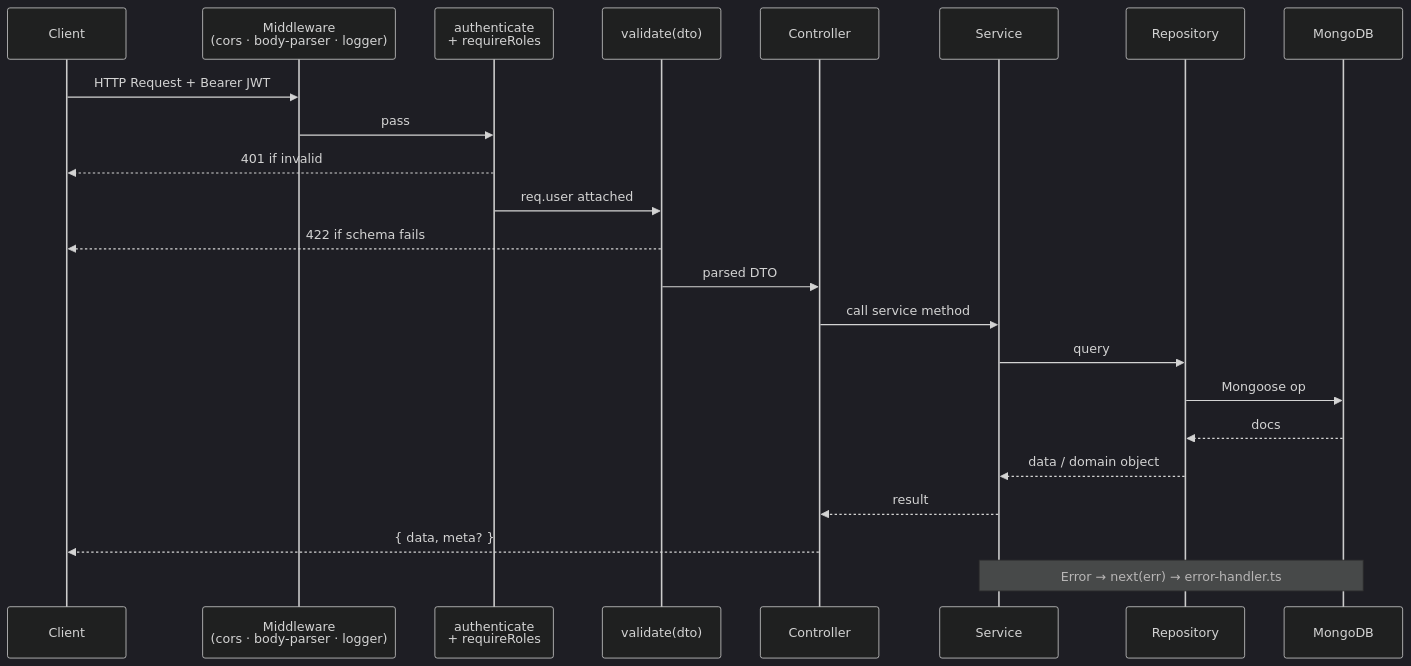
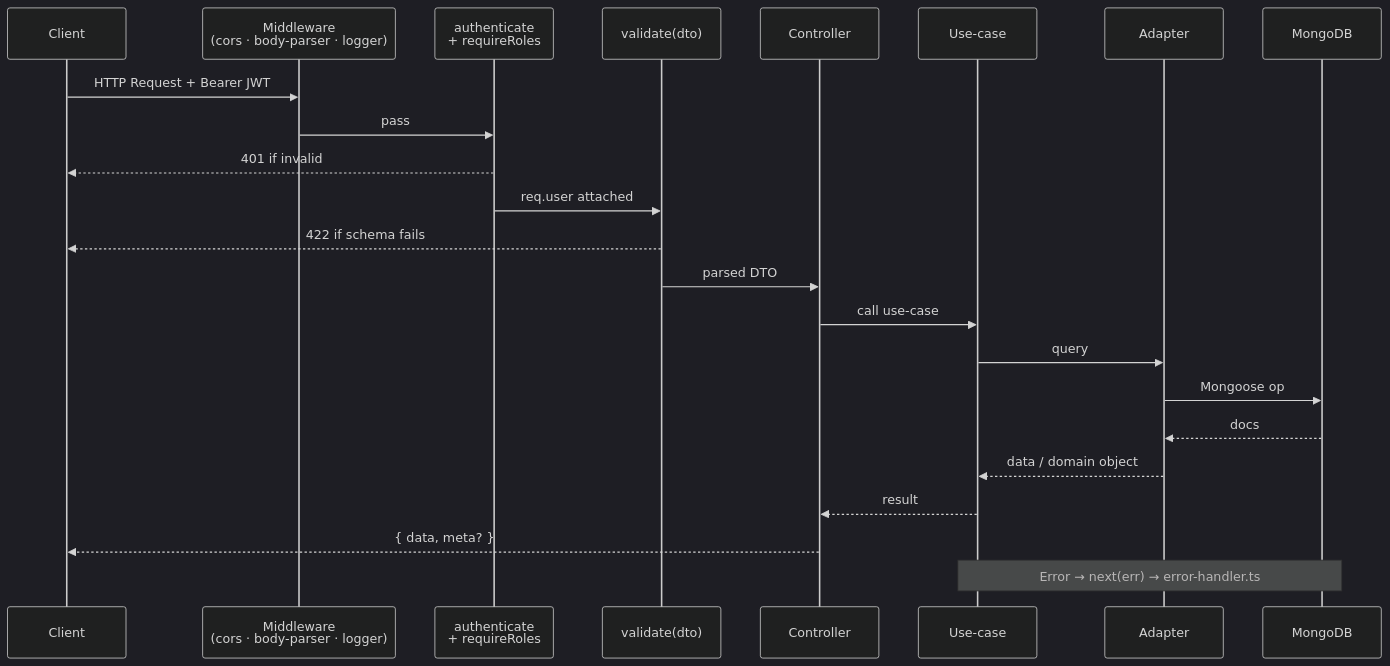
One commit to vgduchieu0602/soosky-hrm changed the second of 3 diagrams in backend/docs/BE-ARCHITECTURE.md. Above: the diagram before and after it, drawn with Mermaid (dark theme). The commit also changed other lines of this file and 17 other files, not shown here.

````diff
--- a/backend/docs/BE-ARCHITECTURE.md
+++ b/backend/docs/BE-ARCHITECTURE.md
@@ -195,26 +177,26 @@
 ```mermaid
 sequenceDiagram
   participant C as Client
   participant MW as Middleware<br/>(cors · body-parser · logger)
   participant AUTH as authenticate<br/>+ requireRoles
   participant VAL as validate(dto)
   participant CTL as Controller
-  participant SVC as Service
-  participant REPO as Repository
+  participant SVC as Use-case
+  participant REPO as Adapter
   participant DB as MongoDB
 
   C->>MW: HTTP Request + Bearer JWT
   MW->>AUTH: pass
   AUTH-->>C: 401 if invalid
   AUTH->>VAL: req.user attached
   VAL-->>C: 422 if schema fails
   VAL->>CTL: parsed DTO
-  CTL->>SVC: call service method
+  CTL->>SVC: call use-case
   SVC->>REPO: query
   REPO->>DB: Mongoose op
   DB-->>REPO: docs
   REPO-->>SVC: data / domain object
   SVC-->>CTL: result
   CTL-->>C: { data, meta? }
   Note over SVC,DB: Error → next(err) → error-handler.ts
 ```
````
